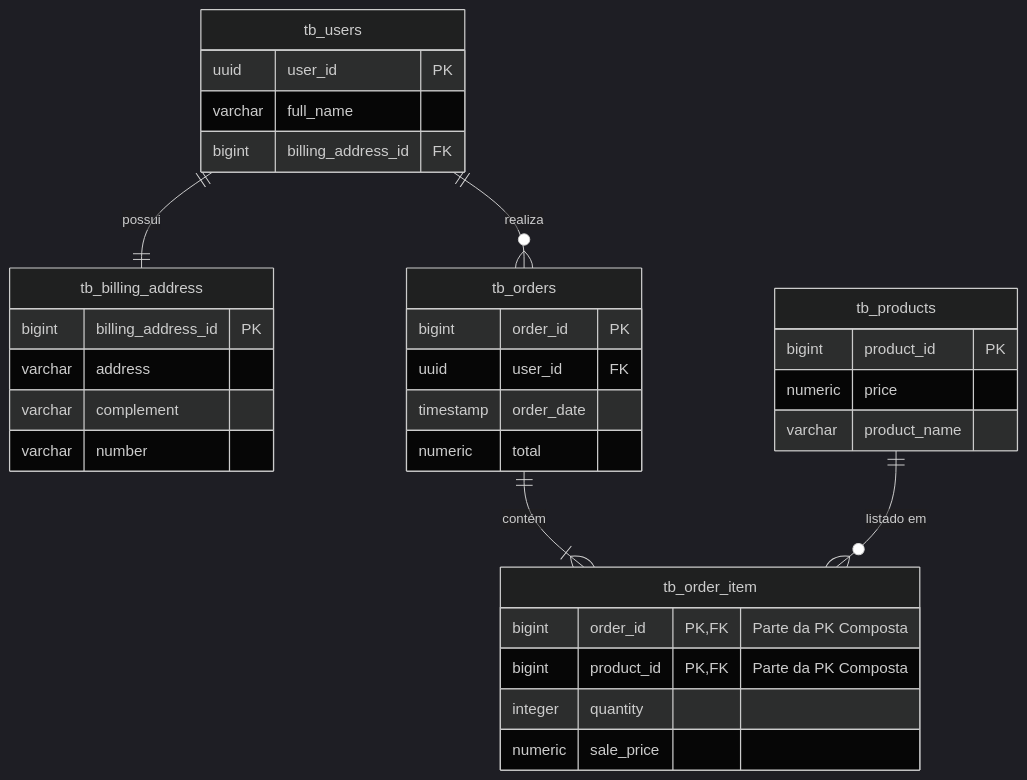
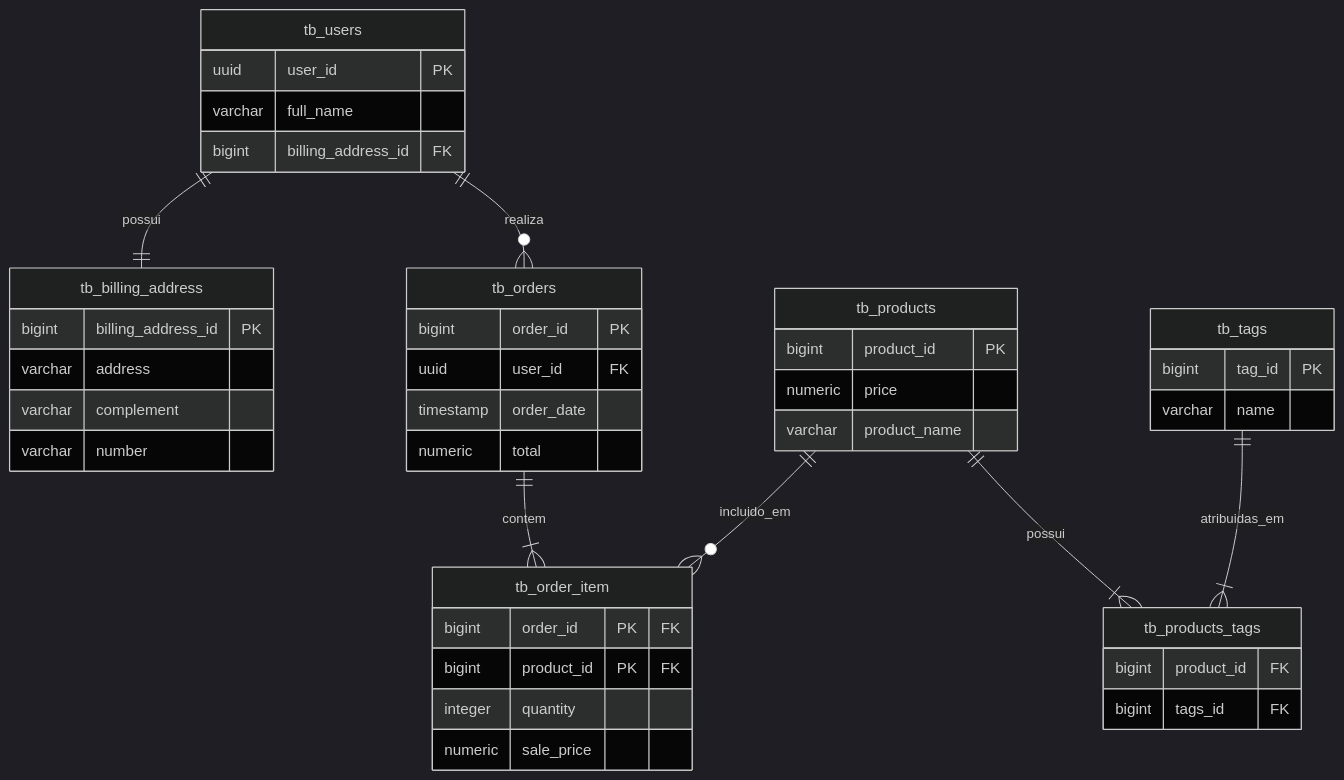
The diagram in docs/DER.MD (matheusdcunha/ecommerce), drawn with Mermaid (dark theme) before and after one commit. The commit also changed 3 other files, not shown here.

Commit message:
feat: adiciona entidade de tag e faz relacionamento ManyToMany com produtos

````diff
--- a/docs/DER.MD
+++ b/docs/DER.MD
@@ -3,43 +3,63 @@
 ```mermaid
 erDiagram
     tb_users {
         uuid user_id PK
         varchar full_name
         bigint billing_address_id FK
     }
 
     tb_billing_address {
         bigint billing_address_id PK
         varchar address
         varchar complement
         varchar number
     }
 
     tb_orders {
         bigint order_id PK
         uuid user_id FK
         timestamp order_date
         numeric total
     }
 
     tb_products {
         bigint product_id PK
         numeric price
         varchar product_name
     }
 
     tb_order_item {
-        bigint order_id PK,FK "Parte da PK Composta"
-        bigint product_id PK,FK "Parte da PK Composta"
+        bigint order_id PK "FK"
+        bigint product_id PK "FK"
         integer quantity
         numeric sale_price
     }
 
-    tb_users ||--|| tb_billing_address : "possui"
+    tb_tags {
+        bigint tag_id PK
+        varchar name
+    }
 
-    tb_users ||--o{ tb_orders : "realiza"
+    tb_products_tags {
+        bigint product_id FK
+        bigint tags_id FK
+    }
 
-    tb_orders ||--|{ tb_order_item : "contém"
+%% Relacionamentos
 
-    tb_products ||--o{ tb_order_item : "listado em"
+%% Users - Billing Address (1 para 1)
+    tb_users ||--|| tb_billing_address : possui
+
+%% Users - Orders (1 para N)
+    tb_users ||--o{ tb_orders : realiza
+
+%% Orders - Order Items (1 para N)
+    tb_orders ||--|{ tb_order_item : contem
+
+%% Products - Order Items (1 para N)
+    tb_products ||--o{ tb_order_item : incluido_em
+
+%% Products - Product Tags (Relacionamento N para N via tabela pivo)
+    tb_products ||--|{ tb_products_tags : possui
+    tb_tags ||--|{ tb_products_tags : atribuidas_em
 ```
````
